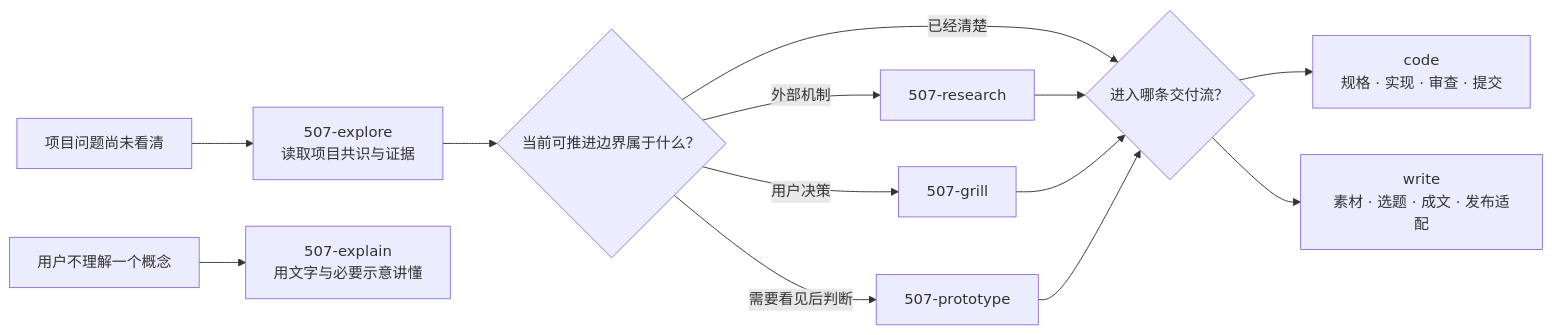
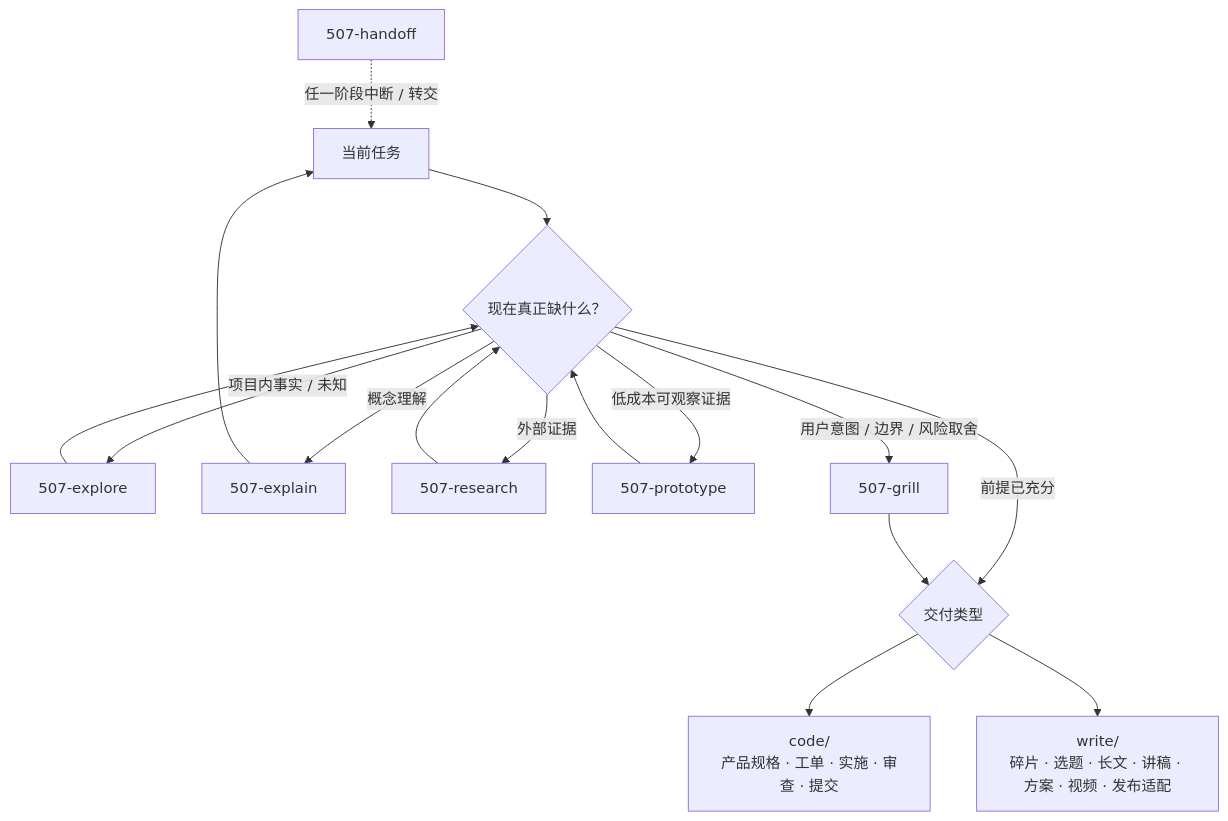
One commit to ssdiwu/507-skills changed the diagram in README.md. Above: the diagram before and after it, drawn with Mermaid. The commit also changed other lines of this file and 29 other files, not shown here.

````diff
--- a/README.md
+++ b/README.md
@@ -18,17 +20,21 @@
 ```mermaid
-flowchart LR
-    unknown["项目问题尚未看清"] --> explore["507-explore<br/>读取项目共识与证据"]
-    concept["用户不理解一个概念"] --> explain["507-explain<br/>用文字与必要示意讲懂"]
+flowchart TD
+    task["当前任务"] --> need{"现在真正缺什么？"}
 
-    explore --> frontier{"当前可推进边界属于什么？"}
-    frontier -->|"外部机制"| research["507-research"]
-    frontier -->|"用户决策"| grill["507-grill"]
-    frontier -->|"需要看见后判断"| prototype["507-prototype"]
-    frontier -->|"已经清楚"| delivery{"进入哪条交付流？"}
+    need -->|"项目内事实 / 未知"| explore["507-explore"]
+    need -->|"概念理解"| explain["507-explain"]
+    need -->|"外部证据"| research["507-research"]
+    need -->|"低成本可观察证据"| prototype["507-prototype"]
+    need -->|"用户意图 / 边界 / 风险取舍"| grill["507-grill"]
+    need -->|"前提已充分"| delivery{"交付类型"}
 
-    research --> delivery
+    explore --> need
+    explain --> task
+    research --> need
+    prototype --> need
     grill --> delivery
-    prototype --> delivery
-    delivery --> code["code<br/>规格 · 实现 · 审查 · 提交"]
-    delivery --> write["write<br/>素材 · 选题 · 成文 · 发布适配"]
+
+    delivery --> code["code/<br/>产品规格 · 工单 · 实施 · 审查 · 提交"]
+    delivery --> write["write/<br/>碎片 · 选题 · 长文 · 讲稿 · 方案 · 视频 · 发布适配"]
+    handoff["507-handoff"] -. "任一阶段中断 / 转交" .-> task
 ```
````
